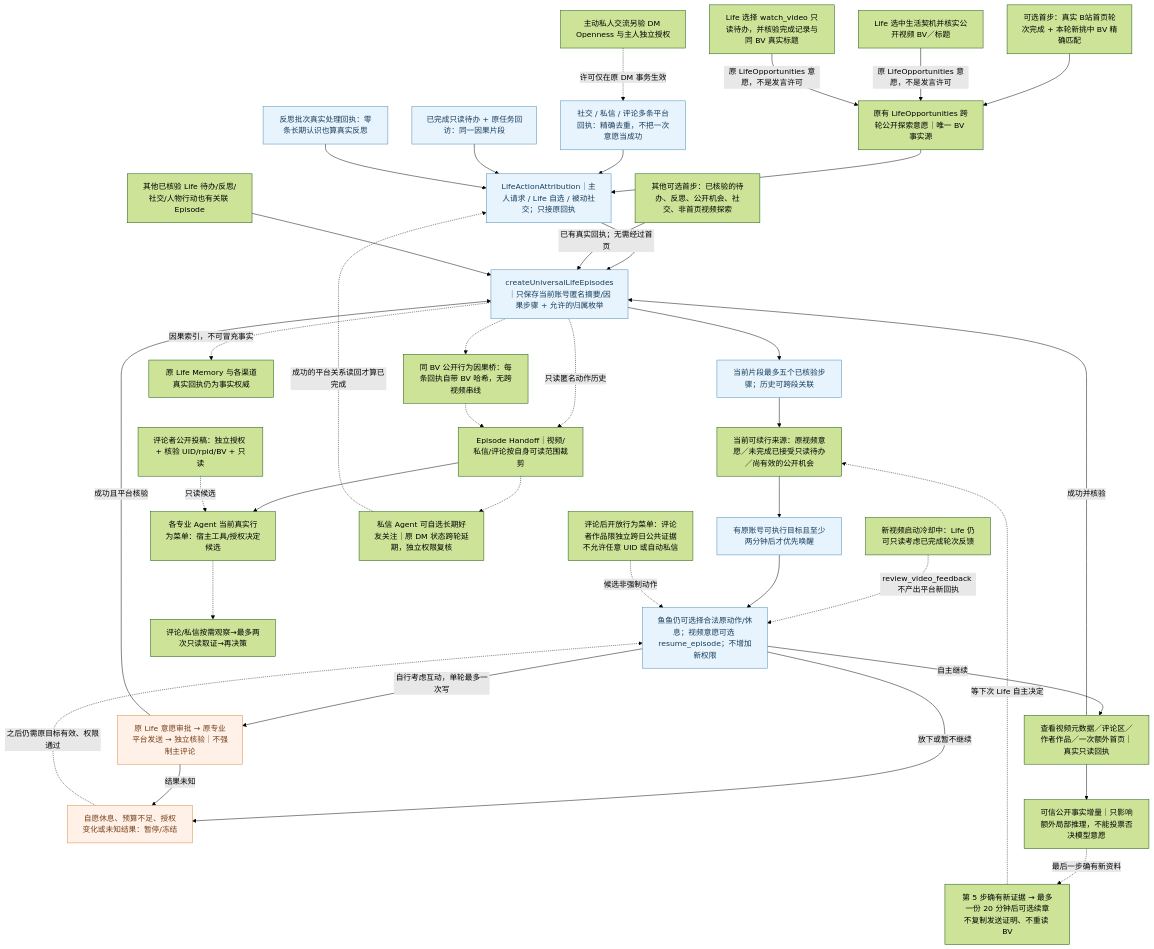
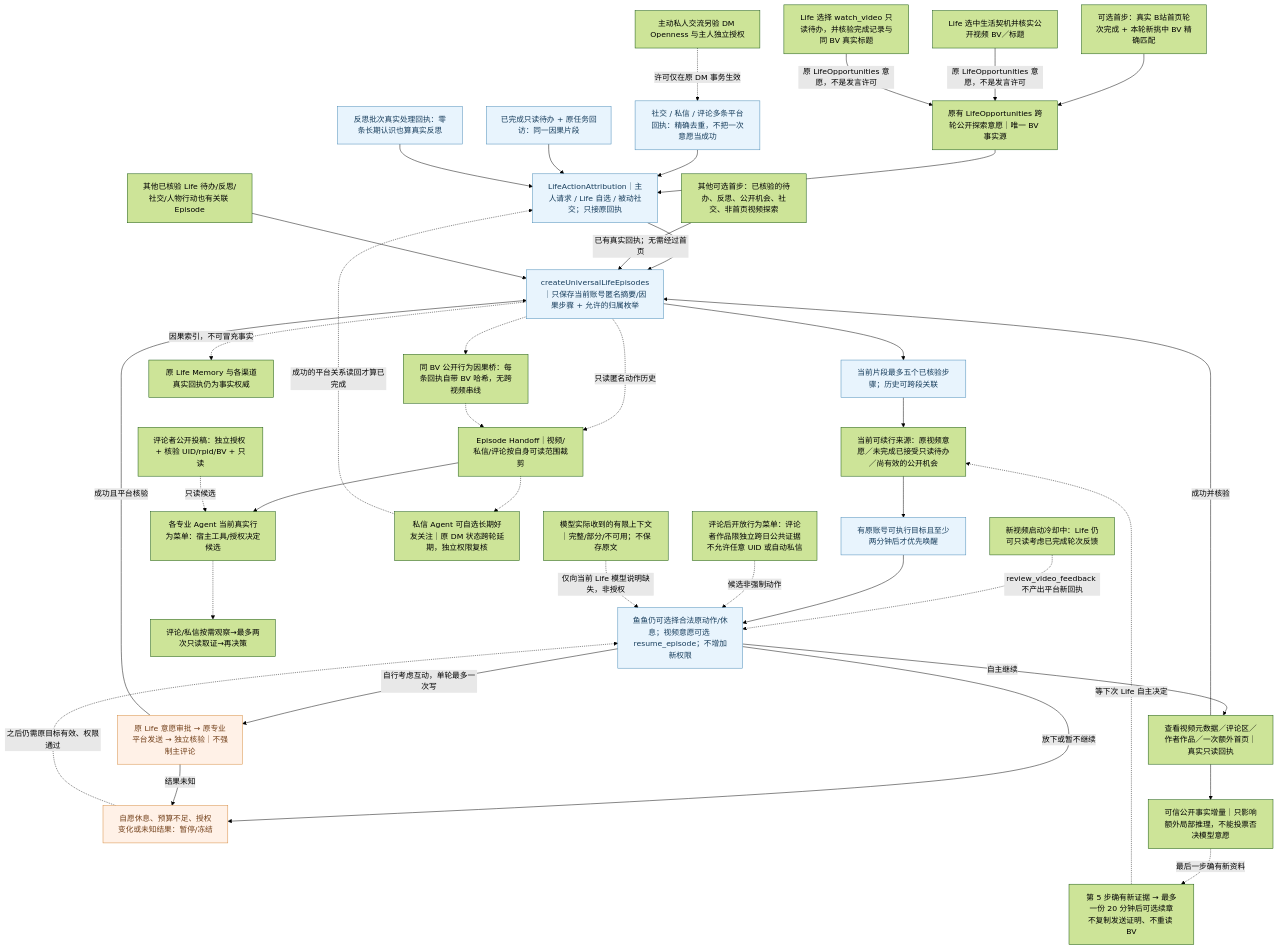
Before and after one commit to minedalang/dsh-dafeiyu-life: the diagram in docs/architecture/diagrams/life-universal-episodes-current.mmd, drawn with Mermaid (forest theme). The commit also changed 28 other files, not shown here.

```diff
--- a/docs/architecture/diagrams/life-universal-episodes-current.mmd
+++ b/docs/architecture/diagrams/life-universal-episodes-current.mmd
@@ -1,112 +1,117 @@
 %% dev.12：重复读取抑制额外模型唤醒，五步上限只保存一次未来自愿续章
 %% dev.10：视频 Episode 已选择的写操作与社交共用 FIFO 资格；不重复意愿模型。
 %% dev.74：评论区的自然熟悉度不形成主动私信资格，Episode 不赋予新权限。
 %% dev.73：普通自主 Life 最短间隔不再由 2 分钟经验/片段续接绕过；真实入站社交独立快唤醒。
 %% 管理页只读并列展示线索、契机与待办；Life 已批准不等于平台送达，待回执不能标为中断。
 %% dev.37 统一归属 + dev.36 Universal Episode：有意义的自主动作共享因果归属，不改变原平台授权
 flowchart TB
   child["可选首步：真实 B站首页轮次完成 + 本轮新挑中 BV 精确匹配"]
   firstOther["其他可选首步：已核验的待办、反思、公开机会、社交、非首页视频探索"]
   eligible["当前可续行来源：原视频意愿／未完成已接受只读待办／尚有效的公开机会"]
   canonical["原有 LifeOpportunities 跨轮公开探索意愿｜唯一 BV 事实源"]
   attribution["LifeActionAttribution｜主人请求 / Life 自选 / 被动社交；只接原回执"]
   socialReceipt["社交 / 私信 / 评论多条平台回执：精确去重，不把一次意愿当成功"]
   socialContact["主动私人交流另验 DM Openness 与主人独立授权"]
   todoReceipt["已完成只读待办 + 原任务回访：同一因果片段"]
   reflectionReceipt["反思批次真实处理回执：零条长期认识也算真实反思"]
   videoFeedback["新视频启动冷却中：Life 仍可只读考虑已完成轮次反馈"]
   record["createUniversalLifeEpisodes｜只保存当前账号匿名摘要/因果步骤 + 允许的归属枚举"]
   context["当前片段最多五个已核验步骤；历史可跨段关联"]
   due["有原账号可执行目标且至少两分钟后才优先唤醒"]
   menu["鱼鱼仍可选择合法原动作/休息；视频意愿可选 resume_episode；不增加新权限"]
   read["查看视频元数据／评论区／作者作品／一次额外首页｜真实只读回执"]
   write["原 Life 意愿审批 → 原专业平台发送 → 独立核验｜不强制主评论"]
   pause["自愿休息、预算不足、授权变化或未知结果：暂停/冻结"]
   other["其他已核验 Life 待办/反思/社交/人物行动也有关联 Episode"]
   memory["原 Life Memory 与各渠道真实回执仍为事实权威"]
   child --> canonical --> attribution --> record
   socialContact -.->|许可仅在原 DM 事务生效| socialReceipt
   socialReceipt --> attribution
   todoReceipt --> attribution
   reflectionReceipt --> attribution
   firstOther -->|已有真实回执；无需经过首页| record
   opportunityEntry["Life 选中生活契机并核实公开视频 BV／标题"]
   todoVideoEntry["Life 选择 watch_video 只读待办，并核验完成记录与同 BV 真实标题"]
   opportunityEntry -->|原 LifeOpportunities 意愿，不是发言许可| canonical
   todoVideoEntry -->|原 LifeOpportunities 意愿，不是发言许可| canonical
   videoFeedback -.->|review_video_feedback 不产出平台新回执| menu
   record --> context --> eligible --> due --> menu
   menu -->|自主继续| read -->|成功并核验| record
   menu -->|自行考虑互动，单轮最多一次写| write -->|成功且平台核验| record
   menu -->|放下或暂不继续| pause
   write -->|结果未知| pause
   other --> record
   record -.->|因果索引，不可冒充事实| memory
   pause -.->|之后仍需原目标有效、权限通过| menu
   classDef safe fill:#e8f4fd,stroke:#4689b6,color:#173d5c
   classDef caveat fill:#fff1e7,stroke:#d68a3c,color:#74421c
   class record,context,menu,due,attribution,socialReceipt,todoReceipt,reflectionReceipt safe
   class pause,write caveat
 
 %% @code child | index.js | const episode=lifeOpportunities.beginHomeExploration
 %% @code canonical | lib/life-opportunities.mjs | const continuations=
 %% @code firstOther | lib/autonomous-planner.mjs | const good=new Map([
 %% @code eligible | lib/life-episode-entrypoints.mjs | export function eligibleLifeEpisodeSources
 %% @code record | lib/life-universal-episodes.mjs | export function createUniversalLifeEpisodes
 %% @code context | lib/life-universal-episodes.mjs | const view=e=>
 %% @code due | lib/life-universal-episodes.mjs | const due=(
 %% @code menu | lib/autonomous-planner.mjs | action:'resume_episode'
 %% @code read | lib/autonomous-planner.mjs | const continueLifeRead=async
 %% @code write | lib/life-video-action-bridge.mjs | createLifeVideoActionBridge
 %% @code pause | lib/life-universal-episodes.mjs | const pauseLatest=(
 %% @code other | index.js | onEpisodeAction:proof=>universalLifeEpisodes.record(proof)
 %% @code memory | lib/life-memory-coordinator.mjs | createLifeMemoryCoordinator
 
 %% @code attribution | lib/life-action-attribution.mjs | export function createLifeActionAttribution
 %% @code socialReceipt | lib/life-willingness.mjs | const exact=typeof receiptId
 %% @code todoReceipt | index.js | sourceRef:'todo:'+original.id
 %% @code reflectionReceipt | lib/life-reflection.mjs | result.receiptId=receiptId
 
 %% @code videoFeedback | lib/autonomous-planner.mjs | action:'review_video_feedback'
 
 %% dev.38 专业 Agent 局部决策复用同账号匿名因果摘要；Episode 没有发送权。
 subagentHandoff["Episode Handoff｜视频/私信/评论按自身可读范围裁剪"]
 subagentFollow["私信 Agent 可自选长期好友关注｜原 DM 状态跨轮延期，独立权限复核"]
 record -.->|只读匿名动作历史| subagentHandoff
 subagentHandoff -.-> subagentFollow
 subagentFollow -.->|成功的平台关系读回才算已完成| attribution
 %% @code subagentHandoff | lib/life-subagent-continuity.mjs | export function lifeSubagentHandoff
 %% @code subagentFollow | lib/dm-autoreply.mjs | pending.status='reserved'
 
 %% dev.40: every verified BV public action is anchored on ITS OWN step, never the whole episode.
 publicStepBridge["同 BV 公开行为因果桥：每条回执自带 BV 哈希，无跨视频串线"]
 professionalMenu["各专业 Agent 当前真实行为菜单：宿主工具/授权决定候选"]
 commentObservation["评论/私信按需观察→最多两次只读取证→再决策"]
 commentPublicPerson["评论者公开投稿：独立授权 + 核验 UID/rpid/BV + 只读"]
 record -.-> publicStepBridge -.-> subagentHandoff
 subagentHandoff --> professionalMenu
 commentPublicPerson -.->|只读候选| professionalMenu
 professionalMenu -.-> commentObservation
 %% @code publicStepBridge | lib/life-universal-episodes.mjs | const publicVideoState=bvid=>
 %% @code professionalMenu | lib/life-subagent-continuity.mjs | export function subagentActionMenu
 %% @code commentObservation | lib/interaction-batch.mjs | for(let pass=0;pass<2;pass++){
 %% @code commentPublicPerson | lib/life-public-capabilities.mjs | export async function readVerifiedCommenterPublicVideos
 
 %% @code socialContact | lib/life-friend-initiatives.mjs | const outboundEnabled=
 
 %% @code opportunityEntry | lib/life-opportunities.mjs | const beginInspectedOpportunity=
 %% @code todoVideoEntry | lib/life-opportunities.mjs | const beginCompletedVideoTodo=
 
 %% dev.12: non-repeating LOCAL consideration and an optional bounded future chapter.
 novelRead["可信公开事实增量｜只影响额外局部推理，不能投票否决模型意愿"]
 optionalChapter["第 5 步确有新证据 → 最多一份 20 分钟后可选续章
 不复制发送证明、不重读 BV"]
 commenterChoice["评论后开放行为菜单：评论者作品限独立跨日公共证据
 不允许任意 UID 或自动私信"]
 read --> novelRead
 novelRead -.->|最后一步确有新资料| optionalChapter
 optionalChapter -.->|等下次 Life 自主决定| eligible
 commenterChoice -.->|候选非强制动作| menu
 %% @code novelRead | lib/life-episode-value.mjs | export function verifiedEpisodeYield
 %% @code optionalChapter | lib/life-opportunities.mjs | const carryNewEvidence=
 %% @code commenterChoice | lib/life-continuation.mjs | inspect_commenter_works
+%% 2.8.2 PR-1A: bounded *prompt-only* context delivery; never a permission,
+%% receipt, memory fact or autonomous decision. The original Life route stays.
+contextDelivery282["模型实际收到的有限上下文｜完整/部分/不可用；不保存原文"]
+contextDelivery282 -.->|仅向当前 Life 模型说明缺失，非授权| menu
+%% @code contextDelivery282 | lib/context-delivery.mjs | export function deliverJsonContext
```
